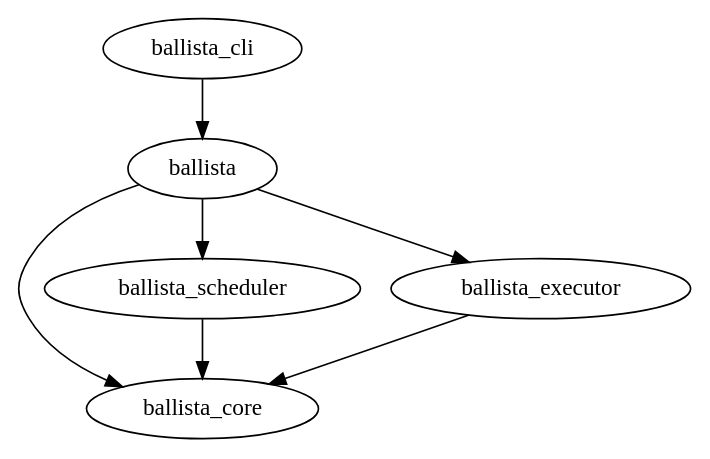
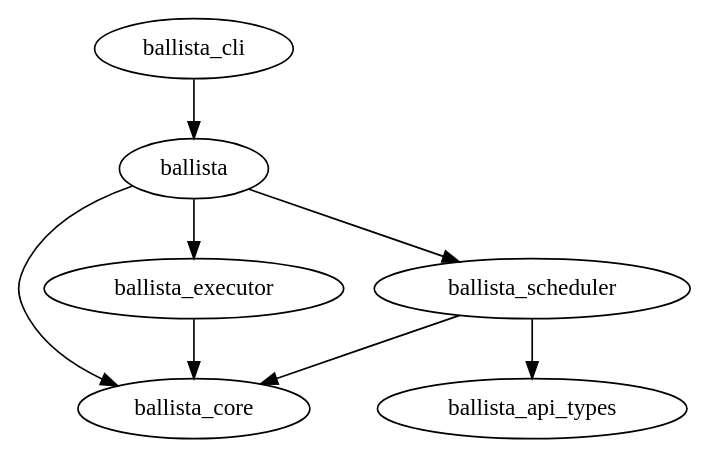
The diagram in dev/release/crate-deps.dot (apache/datafusion-ballista), drawn with Graphviz before and after one commit. The commit also changed 11 other files, not shown here.

Commit message:
refactor(scheduler): extract REST API wire types into ballista-api-types (#2256)

```diff
--- a/dev/release/crate-deps.dot
+++ b/dev/release/crate-deps.dot
@@ -1,36 +1,38 @@
 // Licensed to the Apache Software Foundation (ASF) under one
 // or more contributor license agreements.  See the NOTICE file
 // distributed with this work for additional information
 // regarding copyright ownership.  The ASF licenses this file
 // to you under the Apache License, Version 2.0 (the
 // "License"); you may not use this file except in compliance
 // with the License.  You may obtain a copy of the License at
 //
 //   http://www.apache.org/licenses/LICENSE-2.0
 //
 // Unless required by applicable law or agreed to in writing,
 // software distributed under the License is distributed on an
 // "AS IS" BASIS, WITHOUT WARRANTIES OR CONDITIONS OF ANY
 // KIND, either express or implied.  See the License for the
 // specific language governing permissions and limitations
 // under the License.
 
 digraph G {
 
     ballista_core
+    ballista_api_types
     ballista_scheduler
     ballista_executor
     ballista
     ballista_cli
 
     ballista_scheduler -> ballista_core
+    ballista_scheduler -> ballista_api_types
 
     ballista_executor -> ballista_core
 
     ballista -> ballista_core
     ballista -> ballista_scheduler
     ballista -> ballista_executor
 
 	ballista_cli -> ballista
 
 }
```
